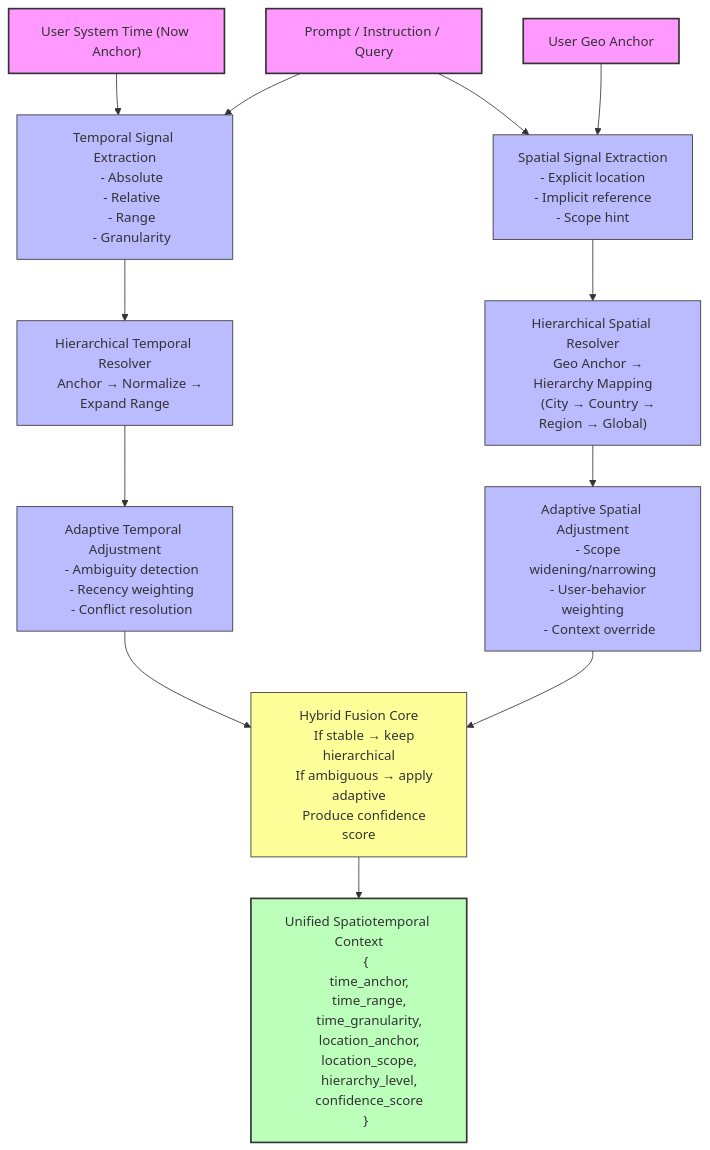
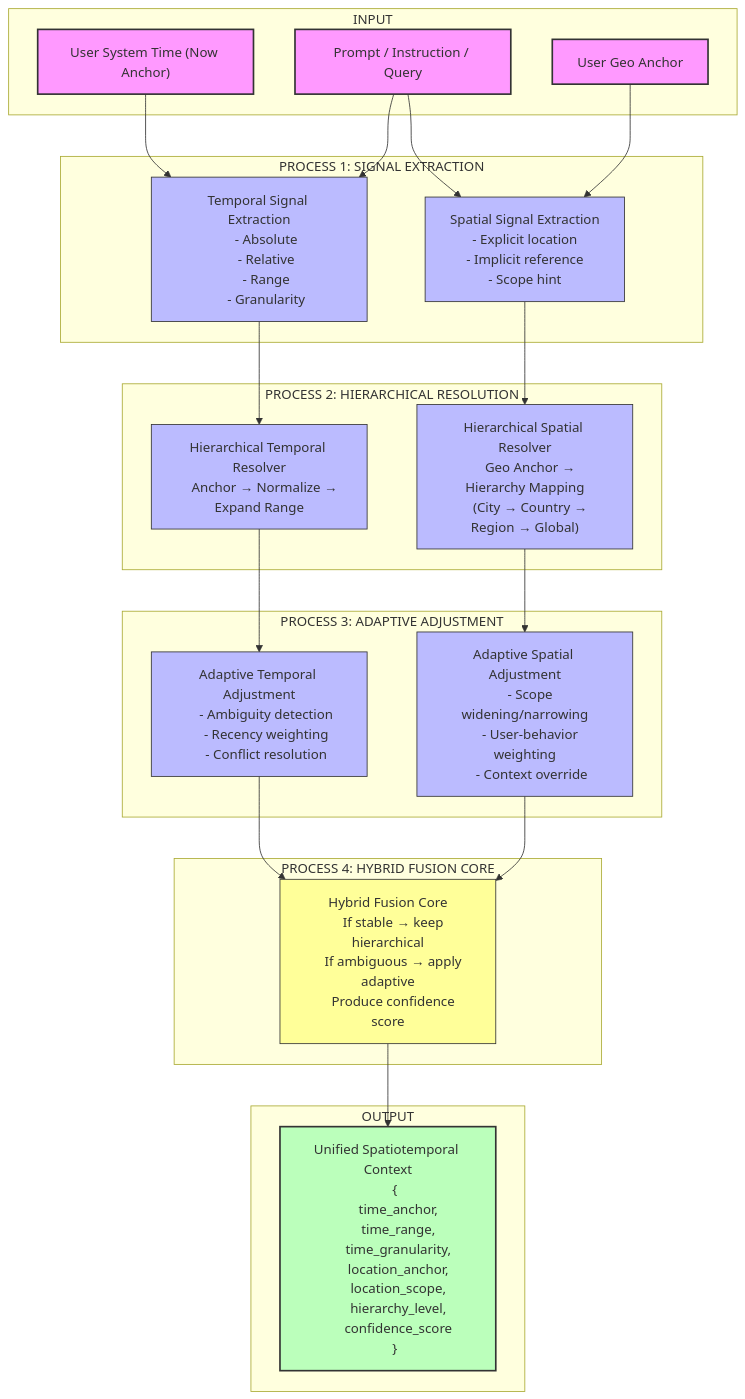
Before and after one commit to azzindani/Kea: the diagram in redesign/location_and_time.md, drawn with Mermaid.

Commit message:
Refactor flowchart structure in location_and_time.md

```diff
--- a/redesign/location_and_time.md
+++ b/redesign/location_and_time.md
@@ -4,35 +4,47 @@
   layout: fixed
 ---
 flowchart TB
-    A1["User System Time (Now Anchor)"] --> B1["Temporal Signal Extraction
+ subgraph INPUT_LAYER["INPUT"]
+        A1["User System Time (Now Anchor)"]
+        A2["User Geo Anchor"]
+        A3["Prompt / Instruction / Query"]
+  end
+ subgraph PROCESS_EXTRACTION["PROCESS 1: SIGNAL EXTRACTION"]
+        B1["Temporal Signal Extraction
     - Absolute
     - Relative
     - Range
     - Granularity"]
-    A3["Prompt / Instruction / Query"] --> B1 & B2["Spatial Signal Extraction
+        B2["Spatial Signal Extraction
     - Explicit location
     - Implicit reference
     - Scope hint"]
-    A2["User Geo Anchor"] --> B2
-    B1 --> C1["Hierarchical Temporal Resolver
+  end
+ subgraph PROCESS_HIERARCHICAL["PROCESS 2: HIERARCHICAL RESOLUTION"]
+        C1["Hierarchical Temporal Resolver
     Anchor → Normalize → Expand Range"]
-    B2 --> C2["Hierarchical Spatial Resolver
+        C2["Hierarchical Spatial Resolver
     Geo Anchor → Hierarchy Mapping
     (City → Country → Region → Global)"]
-    C1 --> D1["Adaptive Temporal Adjustment
+  end
+ subgraph PROCESS_ADAPTIVE["PROCESS 3: ADAPTIVE ADJUSTMENT"]
+        D1["Adaptive Temporal Adjustment
     - Ambiguity detection
     - Recency weighting
     - Conflict resolution"]
-    C2 --> D2["Adaptive Spatial Adjustment
+        D2["Adaptive Spatial Adjustment
     - Scope widening/narrowing
     - User-behavior weighting
     - Context override"]
-    D1 --> E1["Hybrid Fusion Core
+  end
+ subgraph PROCESS_FUSION["PROCESS 4: HYBRID FUSION CORE"]
+        E1["Hybrid Fusion Core
     If stable → keep hierarchical
     If ambiguous → apply adaptive
     Produce confidence score"]
-    D2 --> E1
-    E1 --> F1["Unified Spatiotemporal Context
+  end
+ subgraph OUTPUT_LAYER["OUTPUT"]
+        F1["Unified Spatiotemporal Context
     {
       time_anchor,
       time_range,
@@ -42,12 +54,23 @@
       hierarchy_level,
       confidence_score
     }"]
+  end
+    A1 --> B1
+    A3 --> B1 & B2
+    A2 --> B2
+    B1 --> C1
+    B2 --> C2
+    C1 --> D1
+    C2 --> D2
+    D1 --> E1
+    D2 --> E1
+    E1 --> F1
 
      A1:::input
+     A2:::input
+     A3:::input
      B1:::calc
-     A3:::input
      B2:::calc
-     A2:::input
      C1:::calc
      C2:::calc
      D1:::calc
```
